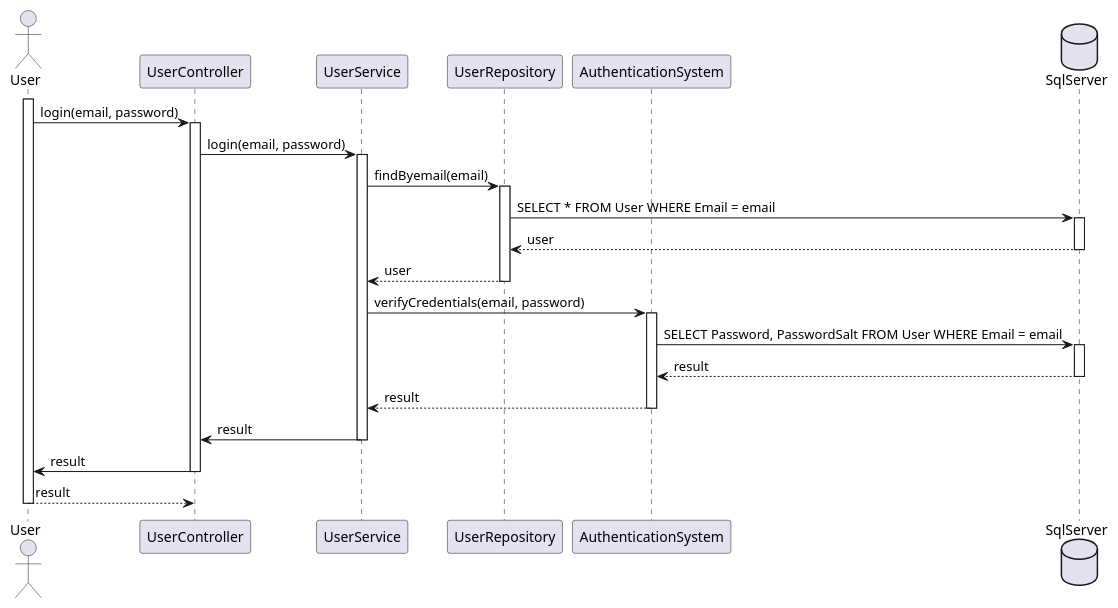
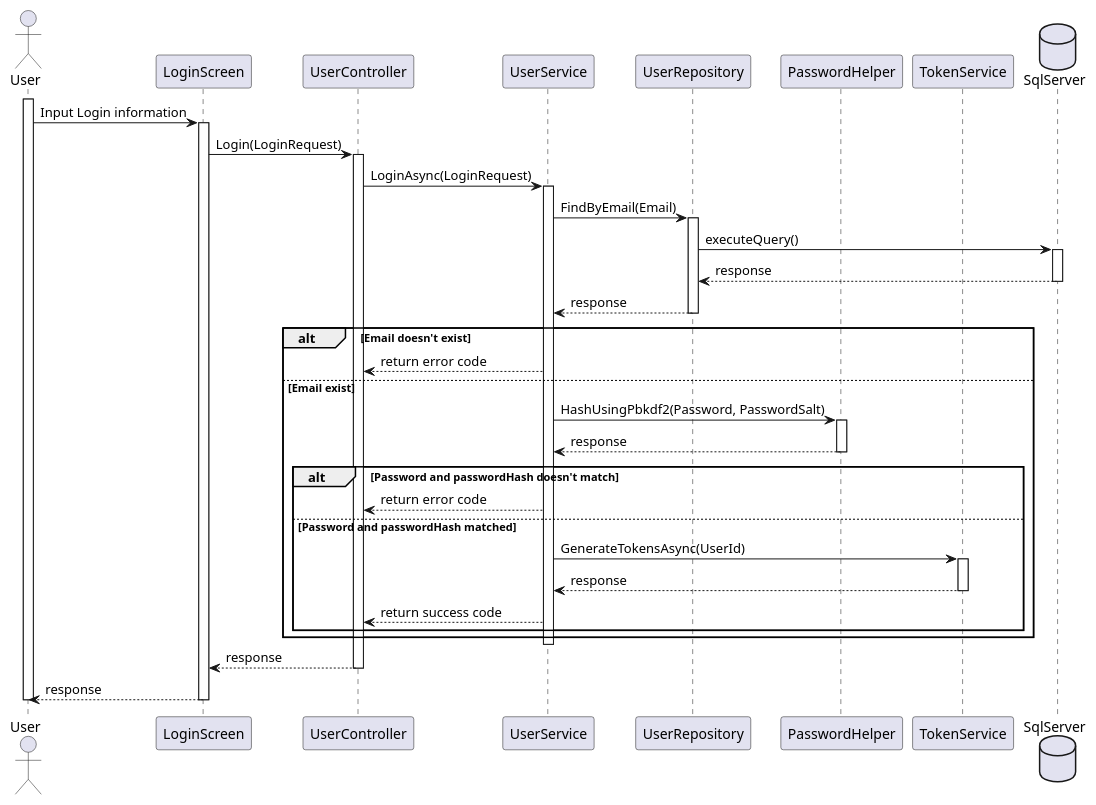
One commit to envydiace/FLMS_Diagram changed the diagram in Common_feature_for_logged_user/Sequence_diagram/uc01_login.puml. Above: the diagram before and after it, drawn with PlantUML.

```diff
--- a/Common_feature_for_logged_user/Sequence_diagram/uc01_login.puml
+++ b/Common_feature_for_logged_user/Sequence_diagram/uc01_login.puml
@@ -1,36 +1,49 @@
 @startuml Login
 actor User
+participant LoginScreen
 participant UserController
 participant UserService
 participant UserRepository
-participant AuthenticationSystem
+participant PasswordHelper
+participant TokenService
 database SqlServer
 
 activate User
-User -> UserController: login(email, password)
-activate UserController
-UserController -> UserService: login(email, password)
-activate UserService
-UserService -> UserRepository: findByemail(email)
-activate UserRepository
-UserRepository -> SqlServer: SELECT * FROM User WHERE Email = email
-activate SqlServer
-SqlServer --> UserRepository: user
-deactivate SqlServer
-UserRepository --> UserService: user
-deactivate UserRepository
-UserService -> AuthenticationSystem: verifyCredentials(email, password)
-activate AuthenticationSystem
-AuthenticationSystem -> SqlServer: SELECT Password, PasswordSalt FROM User WHERE Email = email
-activate SqlServer
-SqlServer --> AuthenticationSystem: result
-deactivate SqlServer
-AuthenticationSystem --> UserService: result
-deactivate AuthenticationSystem
-UserService -> UserController: result
-deactivate UserService
-UserController -> User: result
-deactivate UserController
-User --> UserController: result
+    User -> LoginScreen: Input Login information
+    activate LoginScreen
+        LoginScreen -> UserController: Login(LoginRequest)
+        activate UserController
+            UserController -> UserService: LoginAsync(LoginRequest)
+            activate UserService
+                UserService -> UserRepository: FindByEmail(Email)
+                activate UserRepository
+                    UserRepository -> SqlServer: executeQuery()
+                    activate SqlServer
+                        SqlServer --> UserRepository: response
+                    deactivate SqlServer
+                    UserRepository --> UserService: response
+                deactivate UserRepository
+                alt Email doesn't exist 
+                    UserService --> UserController: return error code
+                else Email exist
+                    UserService -> PasswordHelper: HashUsingPbkdf2(Password, PasswordSalt)
+                    activate PasswordHelper
+                        PasswordHelper --> UserService: response
+                    deactivate PasswordHelper
+                    alt Password and passwordHash doesn't match 
+                        UserService --> UserController: return error code
+                    else Password and passwordHash matched
+                        UserService -> TokenService: GenerateTokensAsync(UserId)
+                        activate TokenService
+                            TokenService --> UserService: response
+                        deactivate TokenService
+                        UserService --> UserController: return success code
+                    end
+                end
+            deactivate UserService
+            UserController --> LoginScreen: response
+        deactivate UserController
+        LoginScreen --> User: response
+    deactivate LoginScreen
 deactivate User
 @enduml
```
